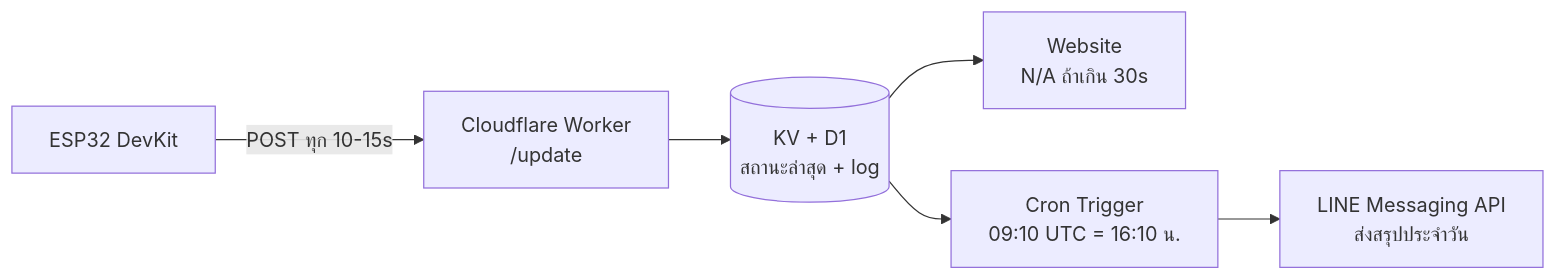
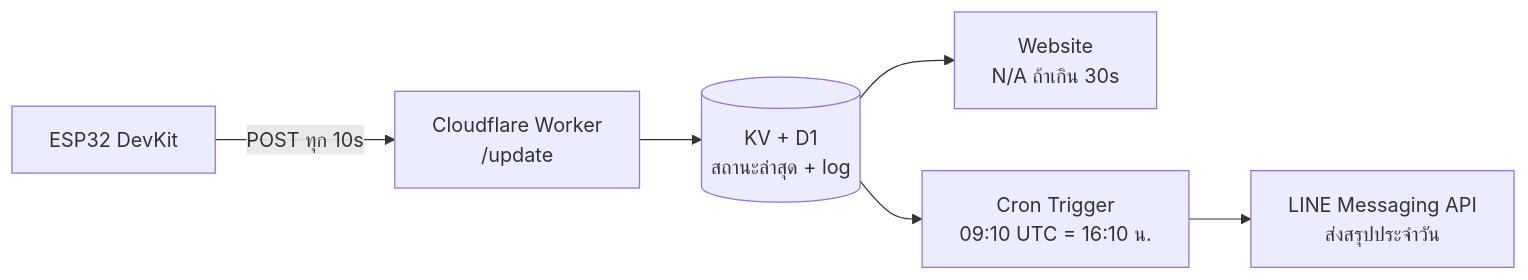
Before and after one commit to dentenplay5555/Electrical-Status-Notification-System: the diagram in README.md, drawn with Mermaid. The commit also changed other lines of this file and 22 other files, not shown here.

````diff
--- a/README.md
+++ b/README.md
@@ -38,8 +38,8 @@
 ```mermaid
 flowchart LR
-    A[ESP32 DevKit] -->|POST ทุก 10-15s| B[Cloudflare Worker<br/>/update]
+    A[ESP32 DevKit] -->|POST ทุก 10s| B[Cloudflare Worker<br/>/update]
     B --> C[(KV + D1<br/>สถานะล่าสุด + log)]
     C --> D[Website<br/>N/A ถ้าเกิน 30s]
     C --> E[Cron Trigger<br/>09:10 UTC = 16:10 น.]
     E --> F[LINE Messaging API<br/>ส่งสรุปประจำวัน]
 ```
````
